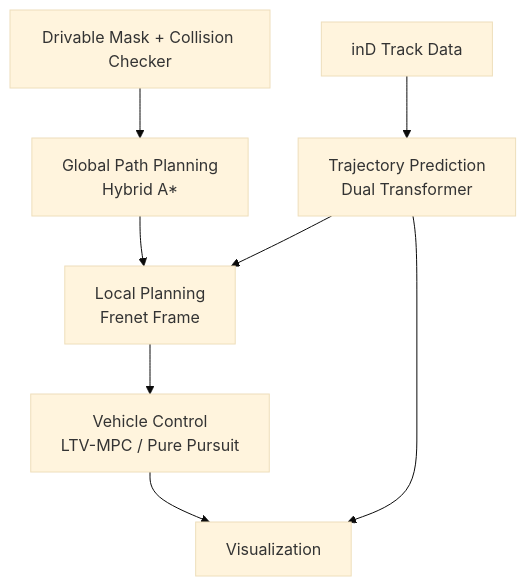
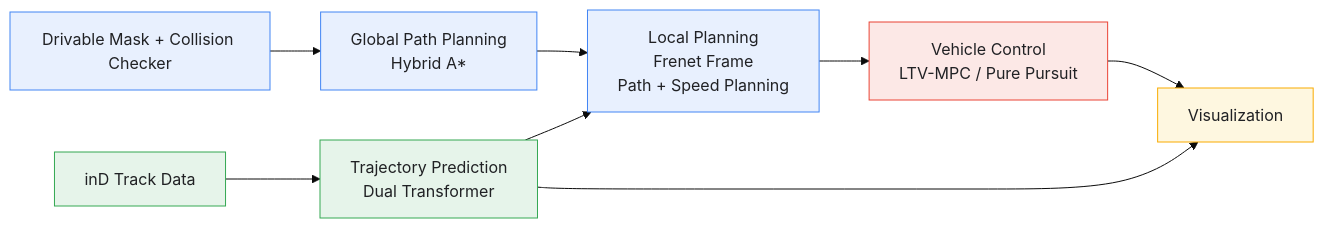
Before and after one commit to jeongseonarm/prediction-planning-control: the diagram in README.md, drawn with Mermaid (base theme).

````diff
--- a/README.md
+++ b/README.md
@@ -17,10 +17,23 @@
 ```mermaid
-flowchart TD
-    A[Drivable Mask + Collision Checker] --> B[Global Path Planning<br/>Hybrid A*]
-    B --> C[Local Planning<br/>Frenet Frame]
-    D[inD Track Data] --> E[Trajectory Prediction<br/>Dual Transformer]
+flowchart LR
+    A["Drivable Mask + Collision Checker"] --> B["Global Path Planning<br/>Hybrid A*"]
+    B --> C["Local Planning<br/>Frenet Frame<br/>Path + Speed Planning"]
+
+    D["inD Track Data"] --> E["Trajectory Prediction<br/>Dual Transformer"]
     E --> C
-    C --> F[Vehicle Control<br/>LTV-MPC / Pure Pursuit]
-    E --> G[Visualization]
+
+    C --> F["Vehicle Control<br/>LTV-MPC / Pure Pursuit"]
+
+    E --> G["Visualization"]
     F --> G
+
+    classDef planning fill:#e8f0fe,stroke:#4285f4,color:#202124
+    classDef prediction fill:#e6f4ea,stroke:#34a853,color:#202124
+    classDef control fill:#fce8e6,stroke:#ea4335,color:#202124
+    classDef visualization fill:#fef7e0,stroke:#f9ab00,color:#202124
+
+    class A,B,C planning
+    class D,E prediction
+    class F control
+    class G visualization
 ```
````
